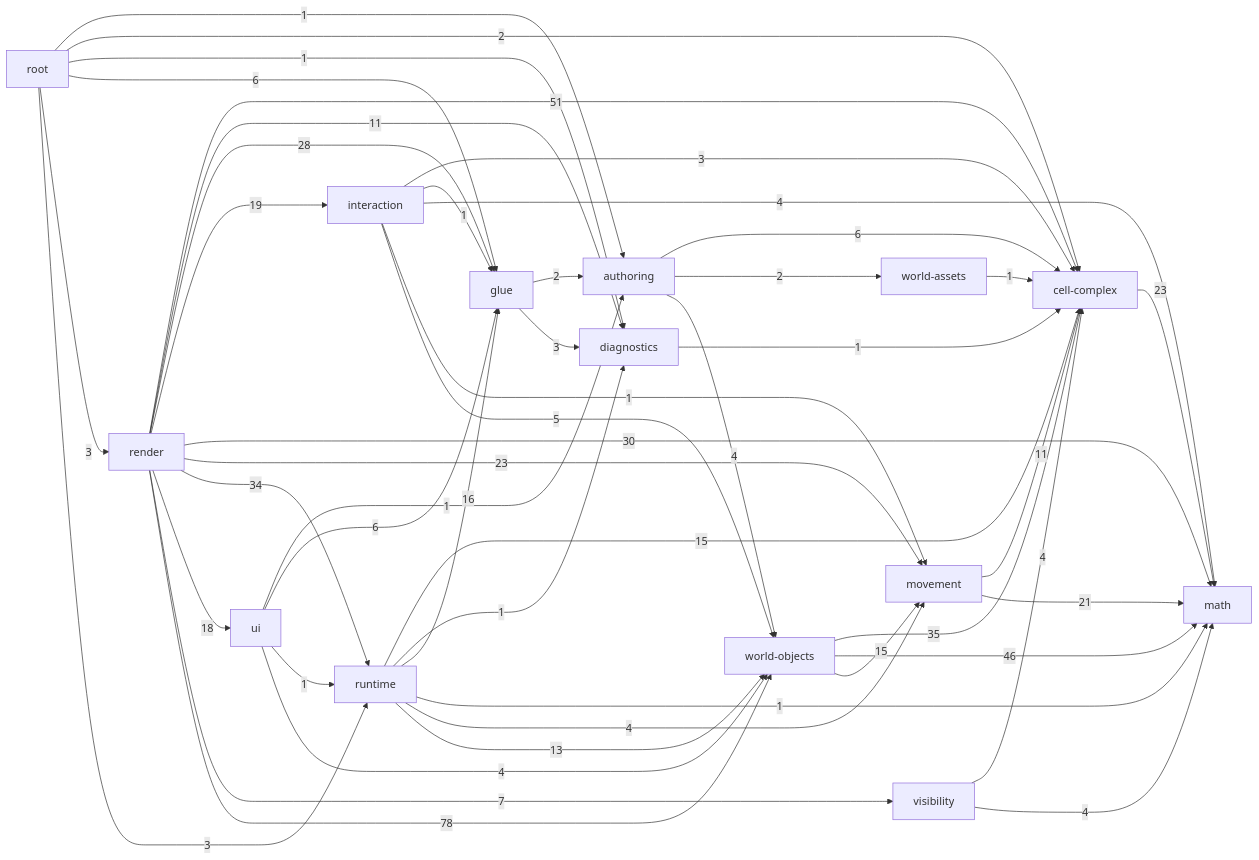
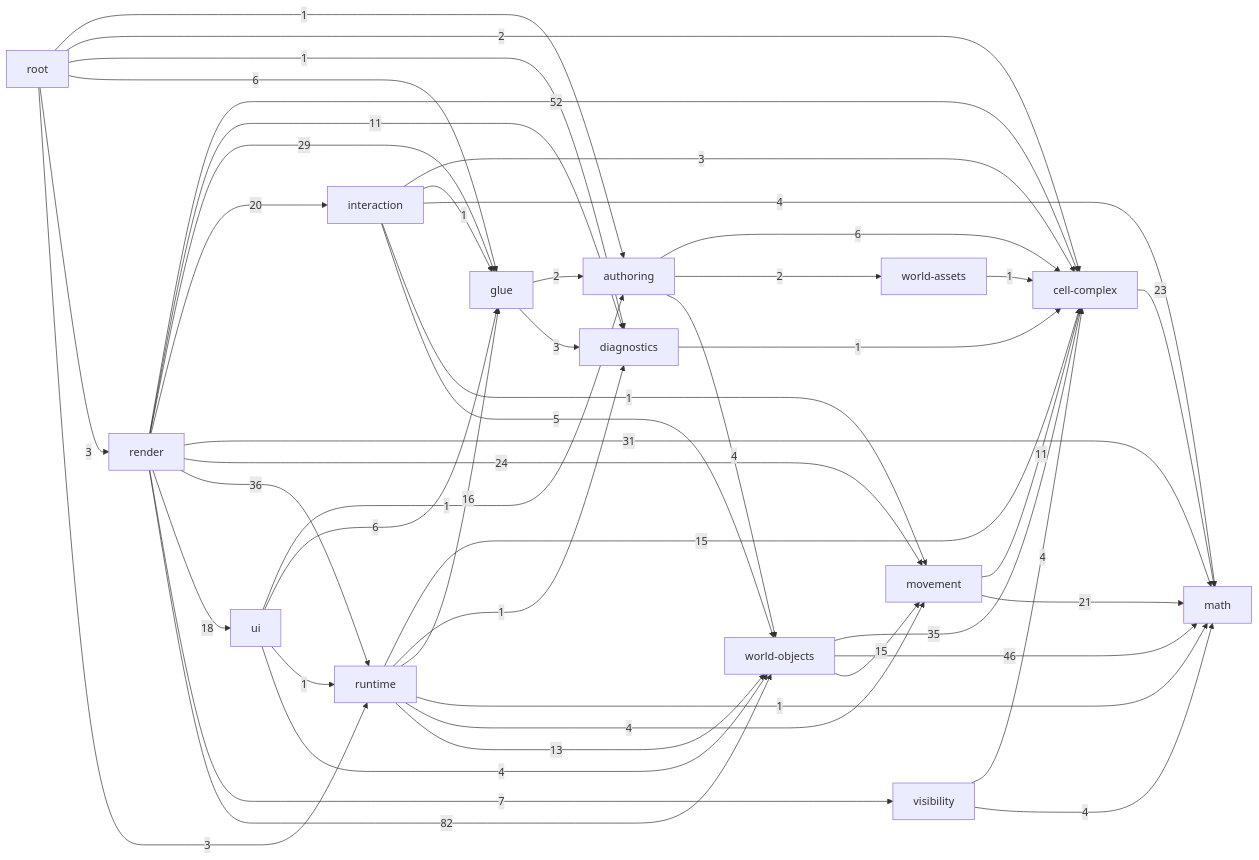
The diagram in _docs/generated/ARCHITECTURE_REFERENCE.md (guraltsev/noneuclid-fpv), drawn with Mermaid before and after one commit. The commit also changed other lines of this file and 4 other files, not shown here.

````diff
--- a/_docs/generated/ARCHITECTURE_REFERENCE.md
+++ b/_docs/generated/ARCHITECTURE_REFERENCE.md
@@ -35,63 +35,63 @@
 ```mermaid
 flowchart LR
   math["math"]
   cell_complex["cell-complex"]
   diagnostics["diagnostics"]
   visibility["visibility"]
   movement["movement"]
   world_assets["world-assets"]
   world_objects["world-objects"]
   authoring["authoring"]
   glue["glue"]
   interaction["interaction"]
   runtime["runtime"]
   ui["ui"]
   render["render"]
   root["root"]
   authoring -->|6| cell_complex
   authoring -->|2| world_assets
   authoring -->|4| world_objects
   cell_complex -->|23| math
   diagnostics -->|1| cell_complex
   glue -->|2| authoring
   glue -->|3| diagnostics
   interaction -->|3| cell_complex
   interaction -->|1| glue
   interaction -->|4| math
   interaction -->|1| movement
   interaction -->|5| world_objects
   movement -->|11| cell_complex
   movement -->|21| math
-  render -->|51| cell_complex
+  render -->|52| cell_complex
   render -->|11| diagnostics
-  render -->|28| glue
-  render -->|19| interaction
-  render -->|30| math
-  render -->|23| movement
-  render -->|34| runtime
+  render -->|29| glue
+  render -->|20| interaction
+  render -->|31| math
+  render -->|24| movement
+  render -->|36| runtime
   render -->|18| ui
   render -->|7| visibility
-  render -->|78| world_objects
+  render -->|82| world_objects
   root -->|1| authoring
   root -->|2| cell_complex
   root -->|1| diagnostics
   root -->|6| glue
   root -->|3| render
   root -->|3| runtime
   runtime -->|15| cell_complex
   runtime -->|1| diagnostics
   runtime -->|16| glue
   runtime -->|1| math
   runtime -->|4| movement
   runtime -->|13| world_objects
   ui -->|1| authoring
   ui -->|6| glue
   ui -->|1| runtime
   ui -->|4| world_objects
   visibility -->|4| cell_complex
   visibility -->|4| math
   world_assets -->|1| cell_complex
   world_objects -->|35| cell_complex
   world_objects -->|46| math
   world_objects -->|15| movement
 ```
````
